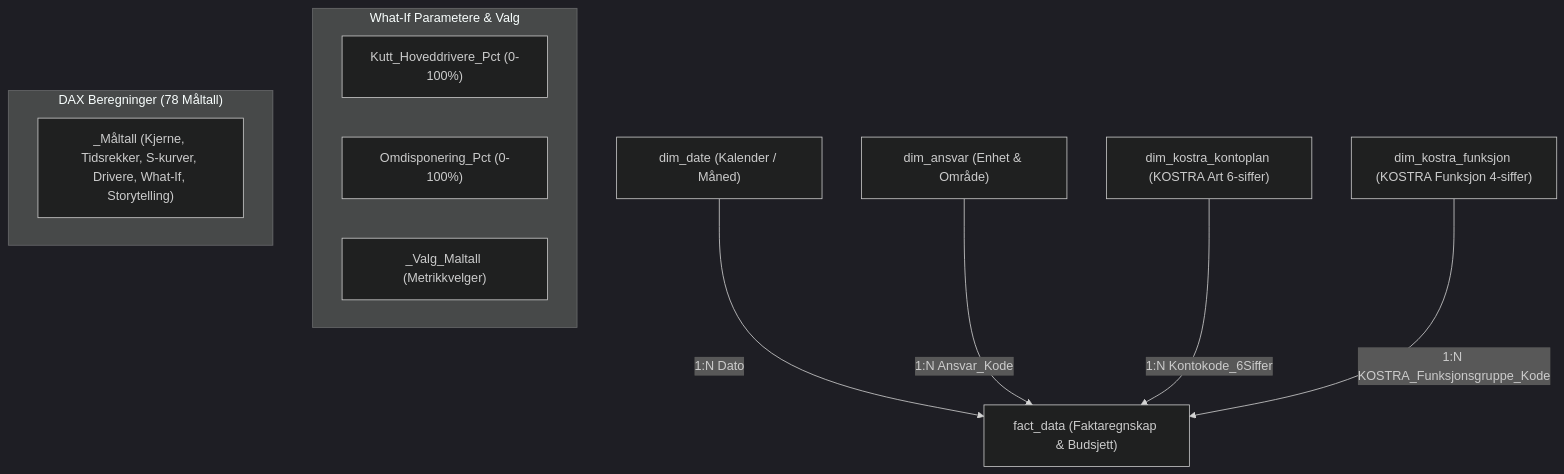
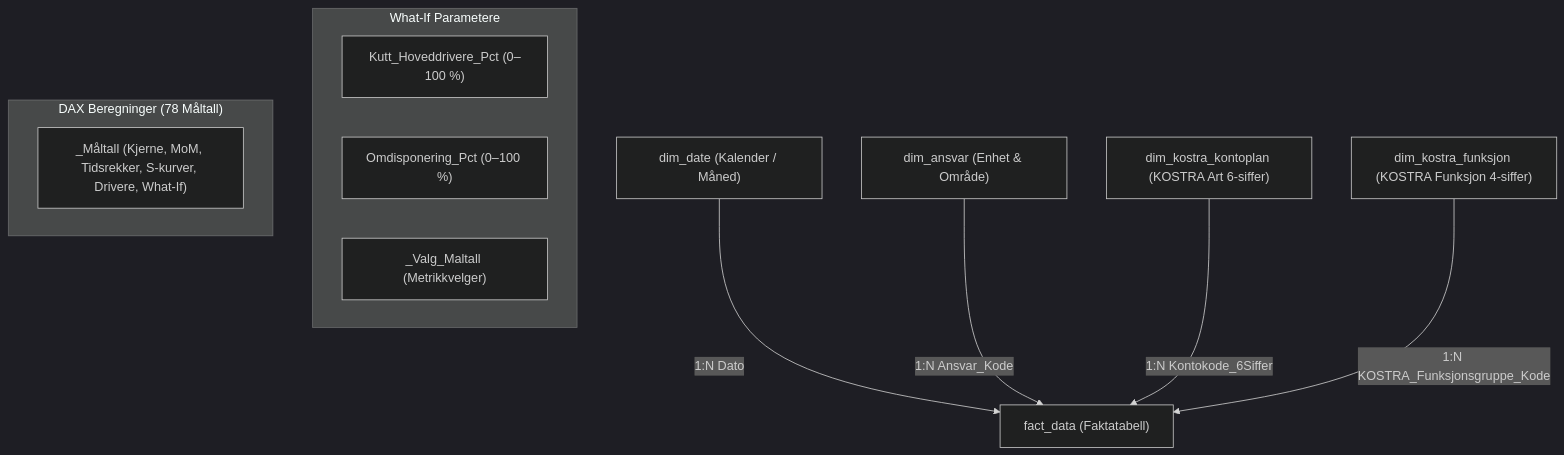
Before and after one commit to Frank-Ellingsen/KOM-G: the diagram in README.md, drawn with Mermaid (dark theme). The commit also changed other lines of this file and 7 other files, not shown here.

Commit message:
docs: reconcile all reports and README with exact fact_data in kNOK for Month 08

````diff
--- a/README.md
+++ b/README.md
@@ -22,17 +23,17 @@
 ```mermaid
 graph TD
-    dim_date["dim_date (Kalender / Måned)"] -->|1:N Dato| fact_data["fact_data (Faktaregnskap & Budsjett)"]
+    dim_date["dim_date (Kalender / Måned)"] -->|1:N Dato| fact_data["fact_data (Faktatabell)"]
     dim_ansvar["dim_ansvar (Enhet & Område)"] -->|1:N Ansvar_Kode| fact_data
     dim_kostra_kontoplan["dim_kostra_kontoplan (KOSTRA Art 6-siffer)"] -->|1:N Kontokode_6Siffer| fact_data
     dim_kostra_funksjon["dim_kostra_funksjon (KOSTRA Funksjon 4-siffer)"] -->|1:N KOSTRA_Funksjonsgruppe_Kode| fact_data
     
-    subgraph ParameterTabeller ["What-If Parametere & Valg"]
-        Kutt["Kutt_Hoveddrivere_Pct (0-100%)"]
-        Omdisp["Omdisponering_Pct (0-100%)"]
+    subgraph ParameterTabeller ["What-If Parametere"]
+        Kutt["Kutt_Hoveddrivere_Pct (0–100 %)"]
+        Omdisp["Omdisponering_Pct (0–100 %)"]
         Valg["_Valg_Maltall (Metrikkvelger)"]
     end
     
     subgraph MaltallTabell ["DAX Beregninger (78 Måltall)"]
-        _Maltall["_Måltall (Kjerne, Tidsrekker, S-kurver, Drivere, What-If, Storytelling)"]
+        _Maltall["_Måltall (Kjerne, MoM, Tidsrekker, S-kurver, Drivere, What-If)"]
     end
 ```
````
